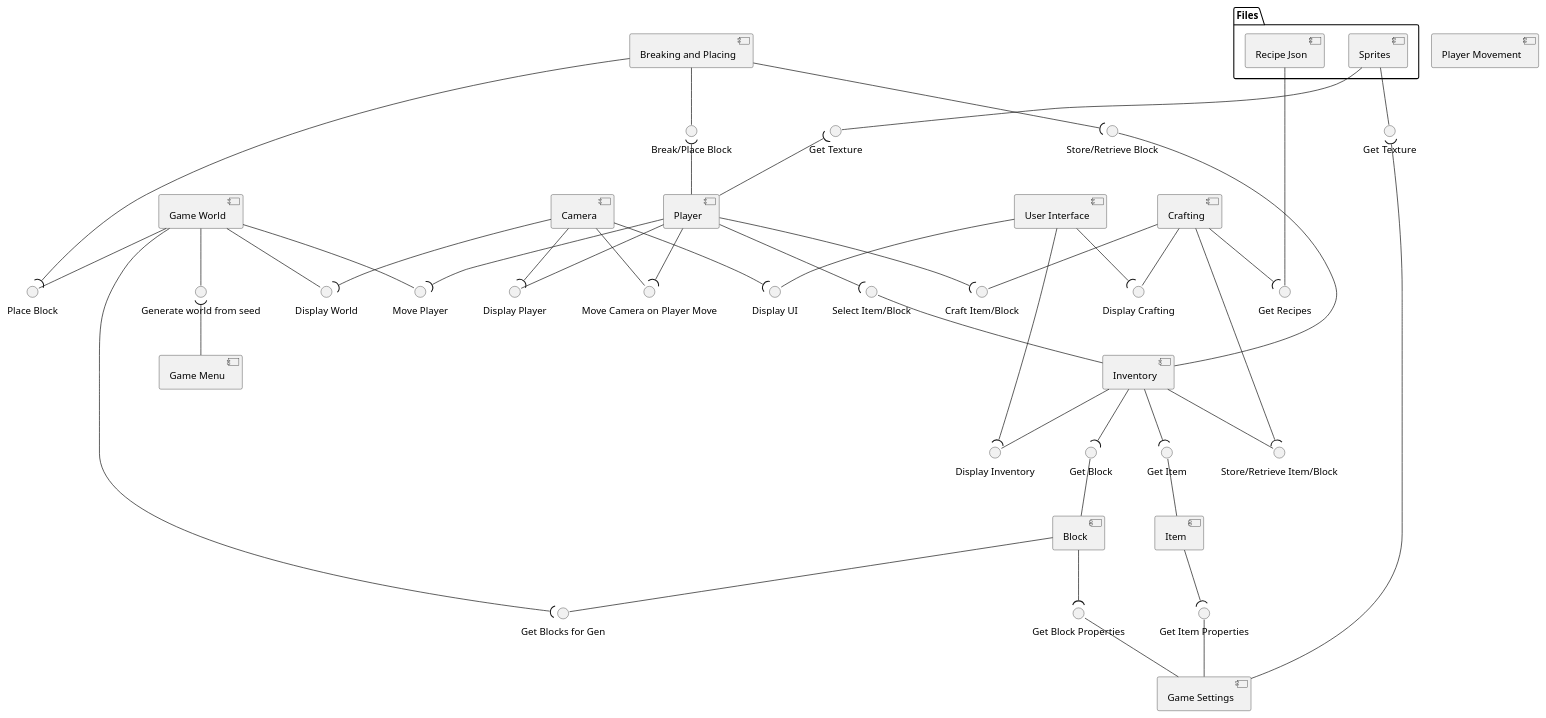
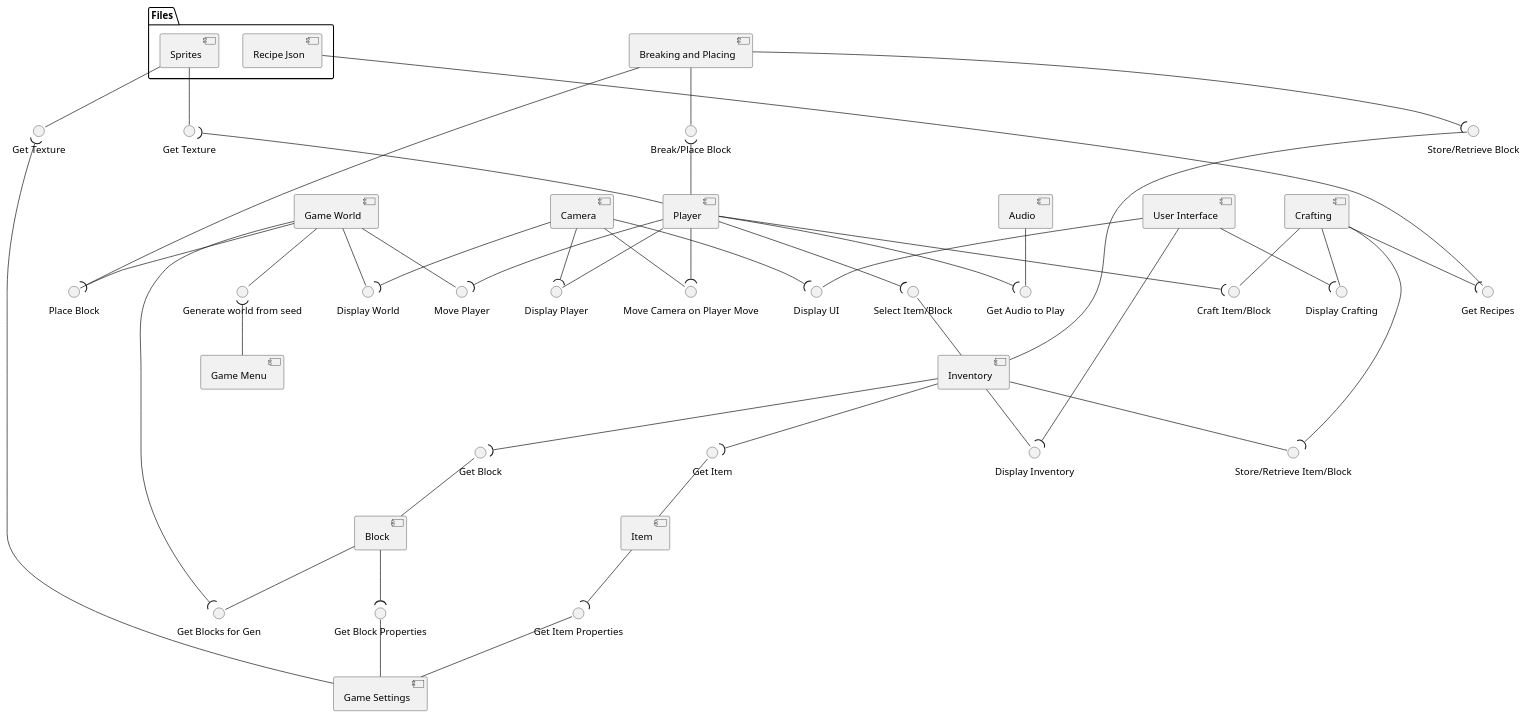
The diagram in Diagrams/ComponentDiagram.puml (2333263/ScrumDogMillionaires), drawn with PlantUML before and after one commit. The commit also changed 1 other file, not shown here.

Commit message:
Updated Component Diagram

```diff
--- a/Diagrams/ComponentDiagram.puml
+++ b/Diagrams/ComponentDiagram.puml
@@ -1,106 +1,108 @@
 @startuml
 [Game Settings]
 
 [Crafting]
 [Block]
 [Item]
 [Breaking and Placing]
 [Player]
-[Player Movement]
 [Camera]
 [Game World]
 [Inventory]
 [User Interface]
 [Game Menu]
+[Audio]
 folder "Files"{
     [Sprites]
     [Recipe Json]
 }
 () "Get Texture" as GT1
 () "Get Texture" as GT2
 [Sprites] -- GT1
 GT1 )-- [Game Settings]
 [Sprites] -- GT2
 GT2 )-- [Player]
 
 () "Get Block Properties" as GBlockInfo
 () "Get Item Properties" as GBItemInfo
 [Block] --( GBlockInfo
 GBlockInfo -- [Game Settings]
 [Item] --( GBItemInfo
 GBItemInfo -- [Game Settings]
 
 () "Get Block" as GBlock
 () "Get Item" as GItem
 
 [Inventory] --( GBlock
 GBlock -- [Block]
 [Inventory] --( GItem
 GItem -- [Item]
 
 () "Store/Retrieve Block" as StoreRetrieveBlock
 [Breaking and Placing] --( StoreRetrieveBlock
 StoreRetrieveBlock -- [Inventory]
 
 () "Select Item/Block" as SelectItemBlock
 SelectItemBlock -- [Inventory]
 [Player] --( SelectItemBlock
 
 () "Break/Place Block" as BreakPlaceBlock
 [Breaking and Placing] -- BreakPlaceBlock
 BreakPlaceBlock )-- [Player]
 
 () "Place Block" as PlaceBlock
 [Game World] -- PlaceBlock
 [Breaking and Placing] --( PlaceBlock
 
 () "Craft Item/Block" as Craft
 [Crafting] -- Craft
 [Player] --( Craft
 
 () "Get Recipes" as GetRecipes
 [Crafting] --( GetRecipes
 [Recipe Json] -- GetRecipes
 
 () "Store/Retrieve Item/Block" as StoreRetrieveBlockItem
 [Crafting] --( StoreRetrieveBlockItem
 [Inventory] -- StoreRetrieveBlockItem
 
 () "Get Blocks for Gen" as BlocKGen
 [Game World] --( BlocKGen
 [Block] -- BlocKGen
 
 () "Generate world from seed" as GenWorld
 [Game World] -- GenWorld
 GenWorld )-- [Game Menu]
 
 () "Display World" as DisplayWorld
 () "Display Player" as DisplayPlayer
 () "Display UI" as DisplayUI
 
 () "Display Crafting" as DisplayCrafting
 () "Display Inventory" as DisplayInventory
 
 [User Interface] --( DisplayCrafting
 [User Interface] --( DisplayInventory
 [Crafting] -- DisplayCrafting
 [Inventory] -- DisplayInventory
 
 [Camera] --( DisplayWorld
 [Camera] --( DisplayPlayer
 [Camera] --( DisplayUI
 [Game World] -- DisplayWorld
 [Player] -- DisplayPlayer
 [User Interface] -- DisplayUI
 
 () "Move Player" as MovePlayerWorld
 [Player] --( MovePlayerWorld
 [Game World] -- MovePlayerWorld
 
 () "Move Camera on Player Move" as MovePlayerCamera
 [Camera] -- MovePlayerCamera
 [Player] --( MovePlayerCamera
 
-
+() "Get Audio to Play" as playAudio
+[Audio] -- playAudio
+[Player] --( playAudio
 
 @enduml
```
